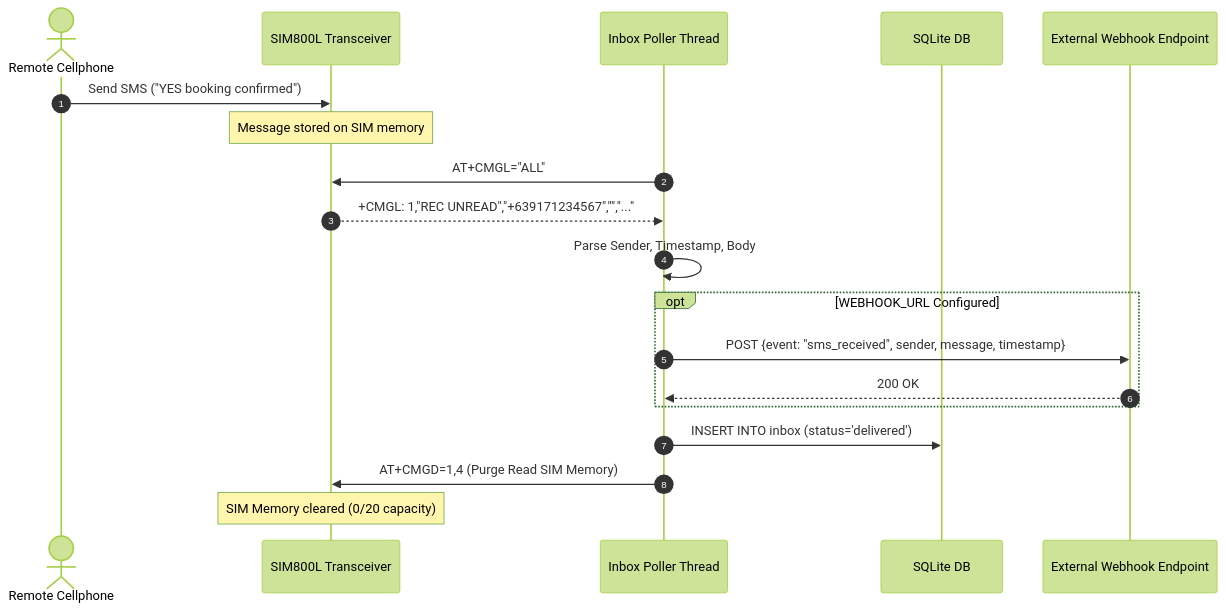
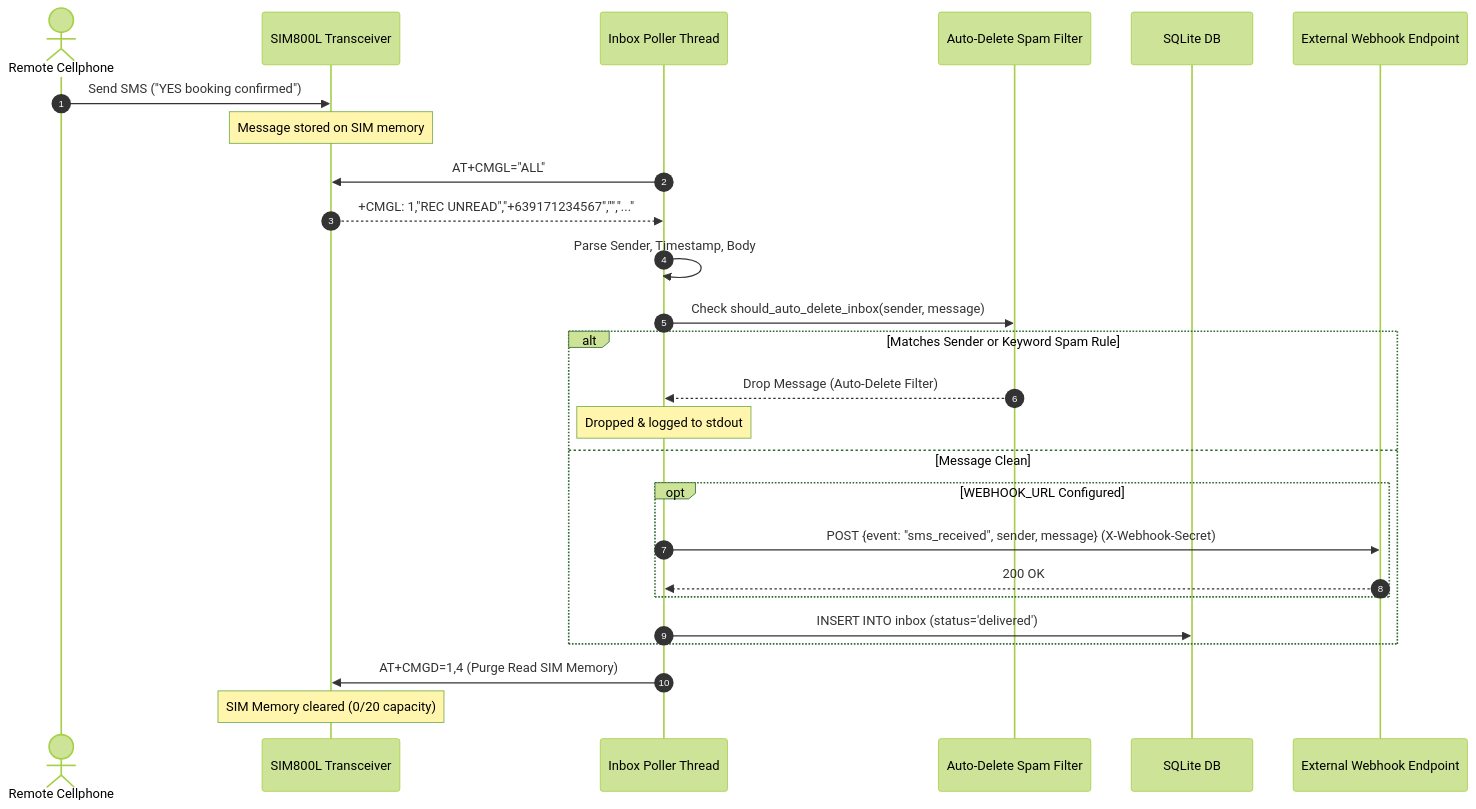
The fifth of 6 diagrams in ARCHITECTURE.md (avegabros/sms-sender), drawn with Mermaid (forest theme) before and after one commit. The commit also changed other lines of this file and 1 other file, not shown here.

Commit message:
docs: update README.md and ARCHITECTURE.md with Settings, Inbox API, Blacklist guard, and Auto-Delete rules

````diff
--- a/ARCHITECTURE.md
+++ b/ARCHITECTURE.md
@@ -141,22 +151,29 @@
 ```mermaid
 sequenceDiagram
     autonumber
     actor Sender as Remote Cellphone
     participant SIM as SIM800L Transceiver
     participant Poller as Inbox Poller Thread
+    participant Filter as Auto-Delete Spam Filter
     participant DB as SQLite DB
     participant Webhook as External Webhook Endpoint
 
     Sender->>SIM: Send SMS ("YES booking confirmed")
     Note over SIM: Message stored on SIM memory
     Poller->>SIM: AT+CMGL="ALL"
     SIM-->>Poller: +CMGL: 1,"REC UNREAD","+639171234567","","..."
     Poller->>Poller: Parse Sender, Timestamp, Body
-    opt WEBHOOK_URL Configured
-        Poller->>Webhook: POST {event: "sms_received", sender, message, timestamp}
-        Webhook-->>Poller: 200 OK
+    Poller->>Filter: Check should_auto_delete_inbox(sender, message)
+    alt Matches Sender or Keyword Spam Rule
+        Filter-->>Poller: Drop Message (Auto-Delete Filter)
+        Note over Poller: Dropped & logged to stdout
+    else Message Clean
+        opt WEBHOOK_URL Configured
+            Poller->>Webhook: POST {event: "sms_received", sender, message} (X-Webhook-Secret)
+            Webhook-->>Poller: 200 OK
+        end
+        Poller->>DB: INSERT INTO inbox (status='delivered')
     end
-    Poller->>DB: INSERT INTO inbox (status='delivered')
     Poller->>SIM: AT+CMGD=1,4 (Purge Read SIM Memory)
     Note over SIM: SIM Memory cleared (0/20 capacity)
 ```
````
